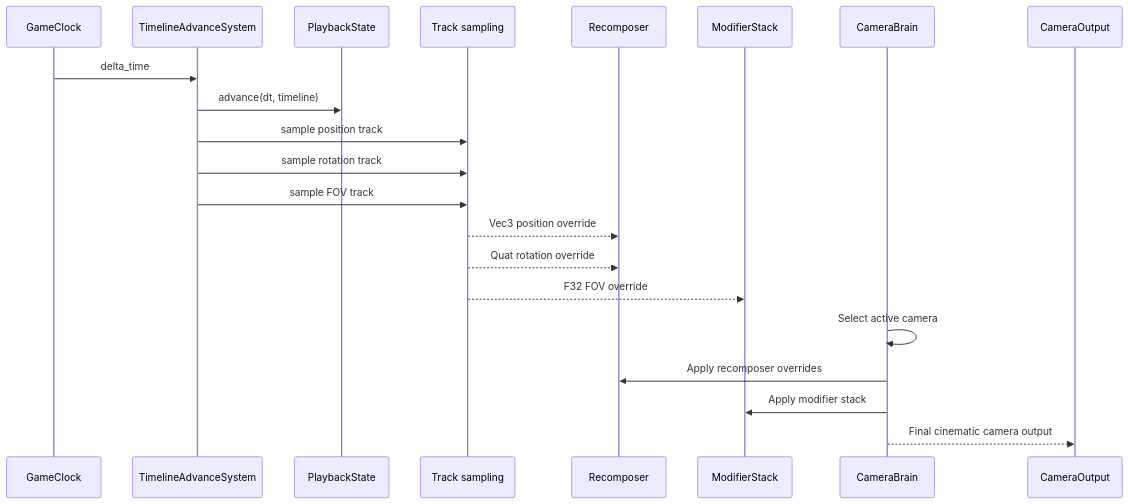
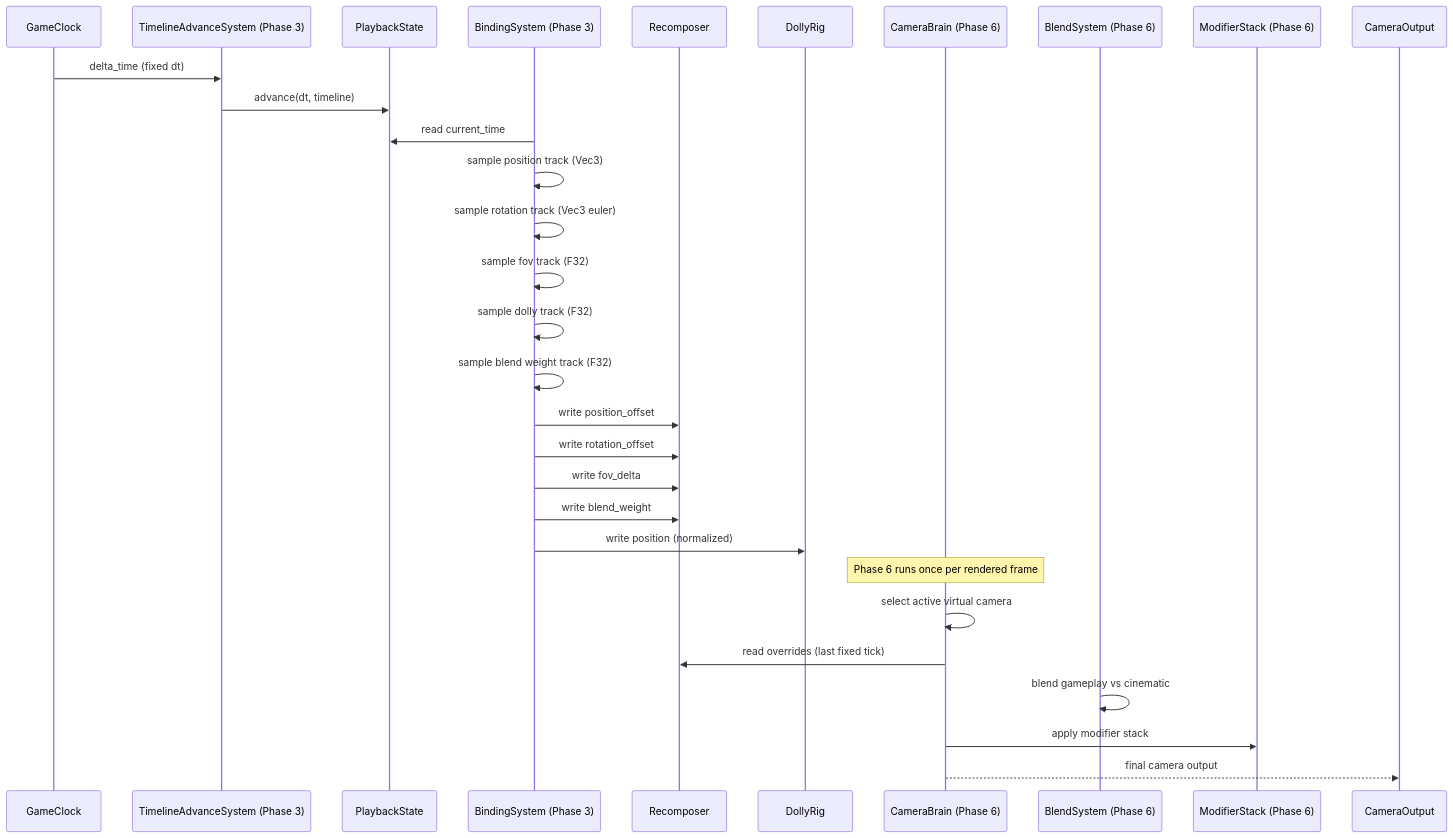
Before and after one commit to harmonius-dev/harmonius: the first of 3 diagrams in docs/design/integration/timelines-camera.md, drawn with Mermaid. The commit also changed other lines of this file and 109 other files, not shown here.

````diff
--- a/docs/design/integration/timelines-camera.md
+++ b/docs/design/integration/timelines-camera.md
@@ -85,25 +178,34 @@
 ```mermaid
 sequenceDiagram
     participant CLK as GameClock
-    participant TAS as TimelineAdvanceSystem
+    participant TAS as TimelineAdvanceSystem (Phase 3)
     participant PBS as PlaybackState
-    participant TRK as Track sampling
+    participant BND as BindingSystem (Phase 3)
     participant REC as Recomposer
-    participant MOD as ModifierStack
-    participant BRN as CameraBrain
+    participant DOL as DollyRig
+    participant BRN as CameraBrain (Phase 6)
+    participant BLS as BlendSystem (Phase 6)
+    participant MOD as ModifierStack (Phase 6)
     participant OUT as CameraOutput
 
-    CLK->>TAS: delta_time
+    CLK->>TAS: delta_time (fixed dt)
     TAS->>PBS: advance(dt, timeline)
-    TAS->>TRK: sample position track
-    TAS->>TRK: sample rotation track
-    TAS->>TRK: sample FOV track
-    TRK-->>REC: Vec3 position override
-    TRK-->>REC: Quat rotation override
-    TRK-->>MOD: F32 FOV override
+    BND->>PBS: read current_time
+    BND->>BND: sample position track (Vec3)
+    BND->>BND: sample rotation track (Vec3 euler)
+    BND->>BND: sample fov track (F32)
+    BND->>BND: sample dolly track (F32)
+    BND->>BND: sample blend weight track (F32)
+    BND->>REC: write position_offset
+    BND->>REC: write rotation_offset
+    BND->>REC: write fov_delta
+    BND->>REC: write blend_weight
+    BND->>DOL: write position (normalized)
 
-    BRN->>BRN: Select active camera
-    BRN->>REC: Apply recomposer overrides
-    BRN->>MOD: Apply modifier stack
-    BRN-->>OUT: Final cinematic camera output
+    Note over BRN: Phase 6 runs once per rendered frame
+    BRN->>BRN: select active virtual camera
+    BRN->>REC: read overrides (last fixed tick)
+    BLS->>BLS: blend gameplay vs cinematic
+    BRN->>MOD: apply modifier stack
+    BRN-->>OUT: final camera output
 ```
````
